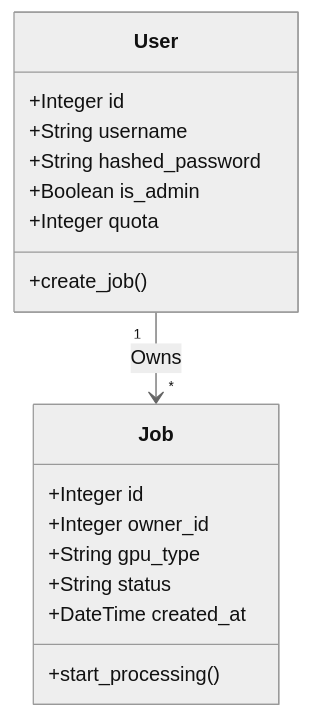
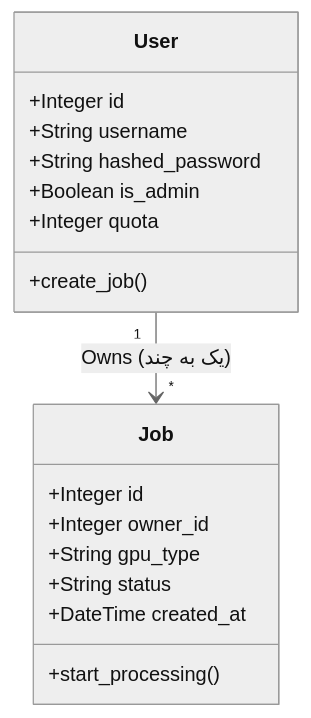
The diagram in ARCHITECTURE.md (Mahan-Sadeghi/GPU_as_a_Service), drawn with Mermaid (neutral theme) before and after one commit.

Commit message:
Fix Mermaid diagram syntax error

````diff
--- a/ARCHITECTURE.md
+++ b/ARCHITECTURE.md
@@ -17,23 +17,23 @@
 ```mermaid
 classDiagram
     class User {
         +Integer id
         +String username
         +String hashed_password
         +Boolean is_admin
         +Integer quota
         +create_job()
     }
 
     class Job {
         +Integer id
         +Integer owner_id
         +String gpu_type
         +String status
         +DateTime created_at
         +start_processing()
     }
 
-    User "1" --> "*" Job : Owns
+    User "1" --> "*" Job : Owns (یک به چند)
     
 ```
````
